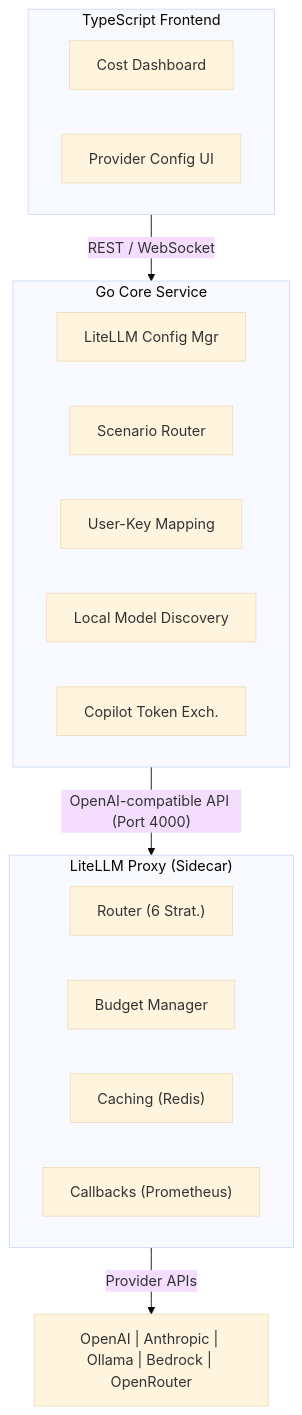
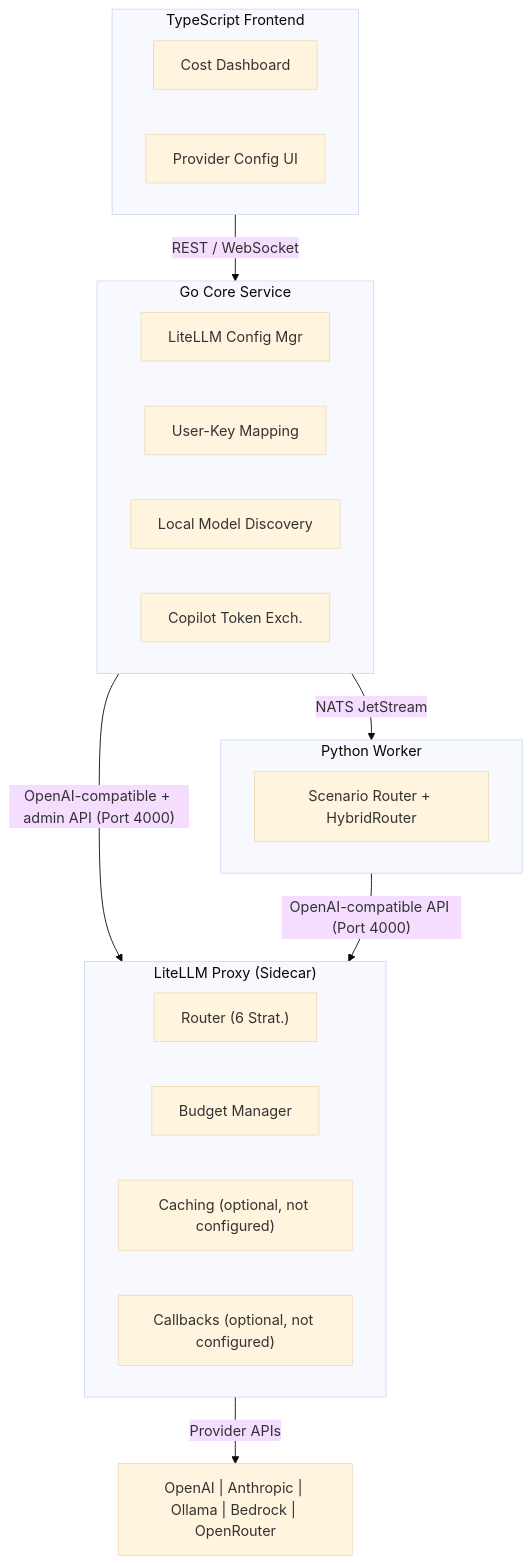
Diagram 24 of 26 in docs/architecture.md (Strob0t/CodeForge), drawn with Mermaid (base theme) before and after one commit. The commit also changed other lines of this file and 28 other files, not shown here.

````diff
--- a/docs/architecture.md
+++ b/docs/architecture.md
@@ -1622,28 +1770,33 @@
 ```mermaid
 flowchart TD
     subgraph FE["TypeScript Frontend"]
         CD["Cost Dashboard"]
         PCI["Provider Config UI"]
     end
 
     subgraph GO["Go Core Service"]
         LCM["LiteLLM Config Mgr"]
-        SR["Scenario Router"]
         UKM["User-Key Mapping"]
         LMD["Local Model Discovery"]
         CTE["Copilot Token Exch."]
     end
 
+    subgraph PYW["Python Worker"]
+        SR["Scenario Router + HybridRouter"]
+    end
+
     subgraph LITE["LiteLLM Proxy (Sidecar)"]
         ROUTER["Router (6 Strat.)"]
         BUDGET["Budget Manager"]
-        CACHE["Caching (Redis)"]
-        CB["Callbacks (Prometheus)"]
+        CACHE["Caching (optional, not configured)"]
+        CB["Callbacks (optional, not configured)"]
     end
 
     PROVIDERS["OpenAI | Anthropic | Ollama | Bedrock | OpenRouter"]
 
     FE -- "REST / WebSocket" --> GO
-    GO -- "OpenAI-compatible API (Port 4000)" --> LITE
+    GO -- "NATS JetStream" --> PYW
+    GO -- "OpenAI-compatible + admin API (Port 4000)" --> LITE
+    PYW -- "OpenAI-compatible API (Port 4000)" --> LITE
     LITE -- "Provider APIs" --> PROVIDERS
 ```
````
